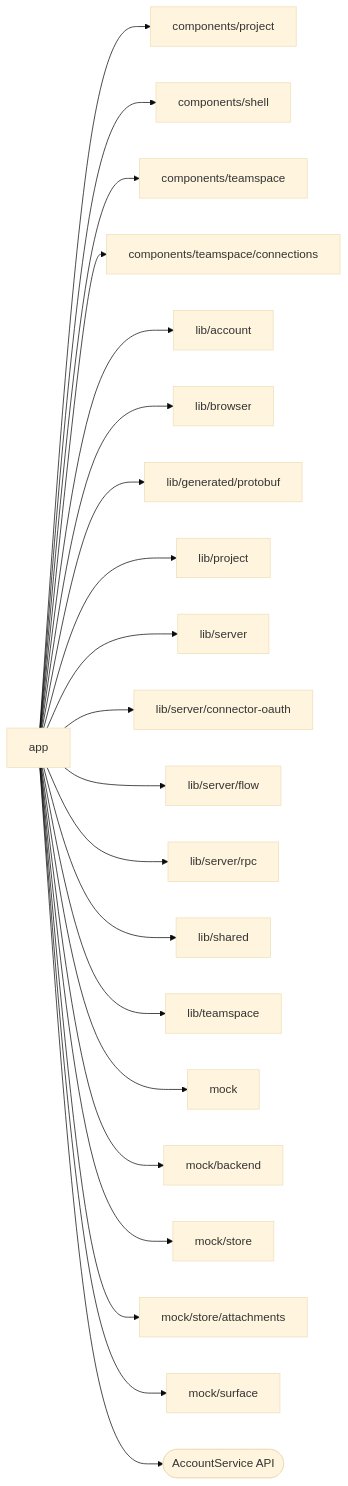
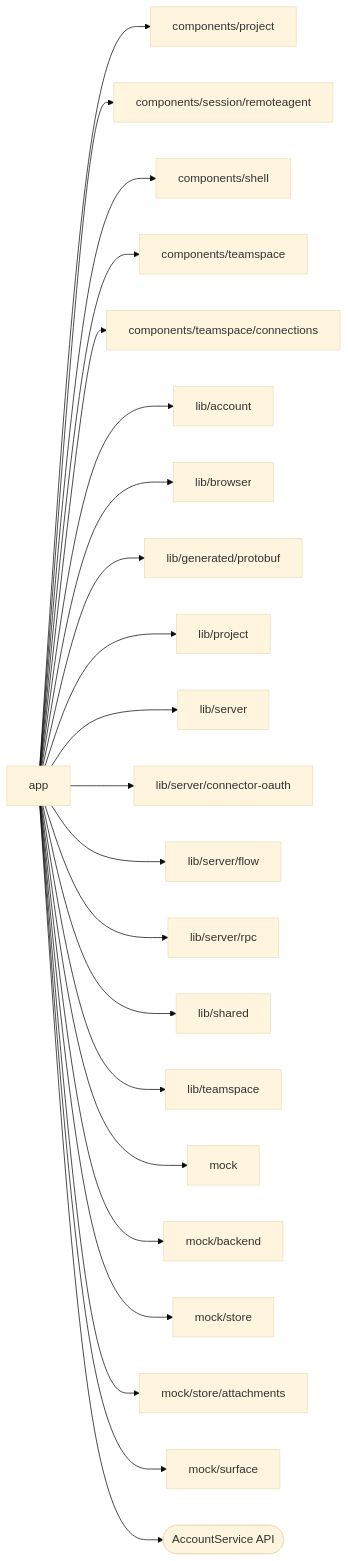
The diagram in web/studio/app/README.md (superdurable/superverse), drawn with Mermaid (base theme) before and after one commit. The commit also changed other lines of this file and 22 other files, not shown here.

````diff
--- a/web/studio/app/README.md
+++ b/web/studio/app/README.md
@@ -10,24 +10,25 @@
 ```mermaid
 flowchart LR
   self["app"]
   self --> d0["components/project"]
-  self --> d1["components/shell"]
-  self --> d2["components/teamspace"]
-  self --> d3["components/teamspace/connections"]
-  self --> d4["lib/account"]
-  self --> d5["lib/browser"]
-  self --> d6["lib/generated/protobuf"]
-  self --> d7["lib/project"]
-  self --> d8["lib/server"]
-  self --> d9["lib/server/connector-oauth"]
-  self --> d10["lib/server/flow"]
-  self --> d11["lib/server/rpc"]
-  self --> d12["lib/shared"]
-  self --> d13["lib/teamspace"]
-  self --> d14["mock"]
-  self --> d15["mock/backend"]
-  self --> d16["mock/store"]
-  self --> d17["mock/store/attachments"]
-  self --> d18["mock/surface"]
+  self --> d1["components/session/remoteagent"]
+  self --> d2["components/shell"]
+  self --> d3["components/teamspace"]
+  self --> d4["components/teamspace/connections"]
+  self --> d5["lib/account"]
+  self --> d6["lib/browser"]
+  self --> d7["lib/generated/protobuf"]
+  self --> d8["lib/project"]
+  self --> d9["lib/server"]
+  self --> d10["lib/server/connector-oauth"]
+  self --> d11["lib/server/flow"]
+  self --> d12["lib/server/rpc"]
+  self --> d13["lib/shared"]
+  self --> d14["lib/teamspace"]
+  self --> d15["mock"]
+  self --> d16["mock/backend"]
+  self --> d17["mock/store"]
+  self --> d18["mock/store/attachments"]
+  self --> d19["mock/surface"]
   self --> e0(["AccountService API"])
 ```
````
